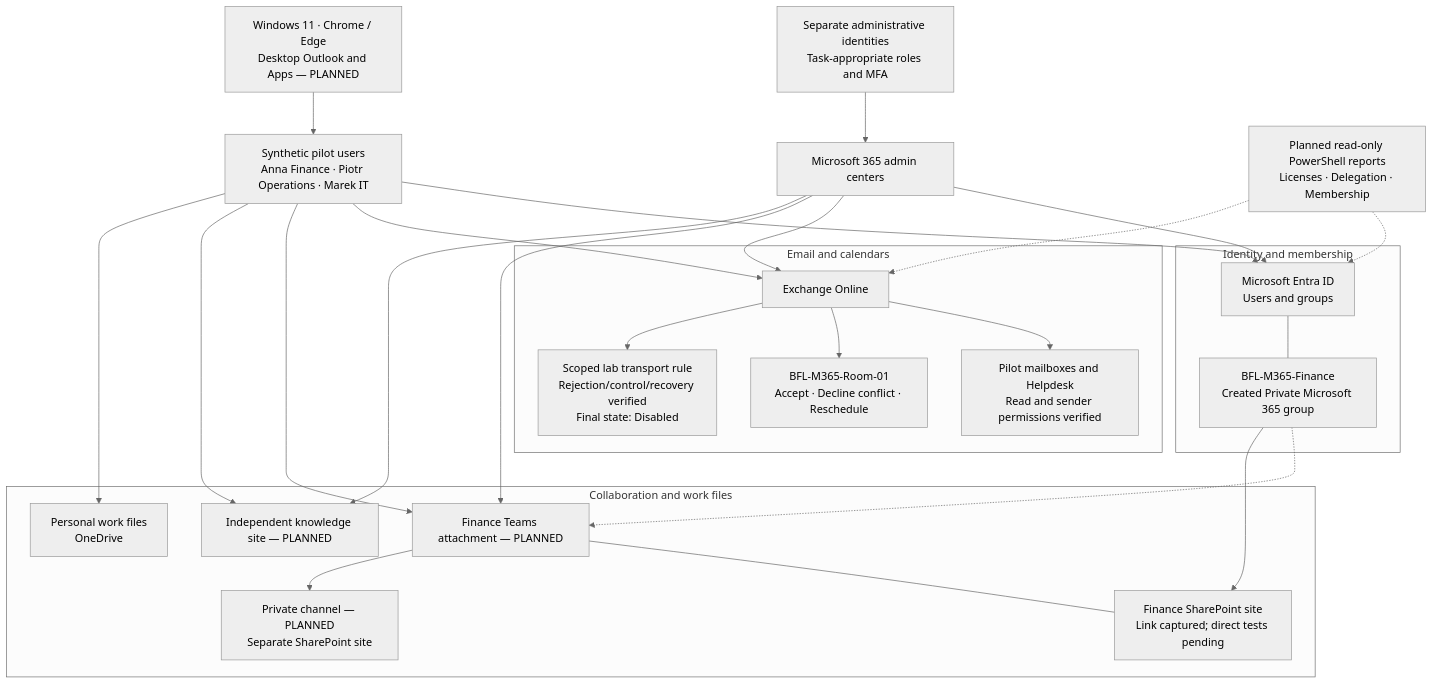
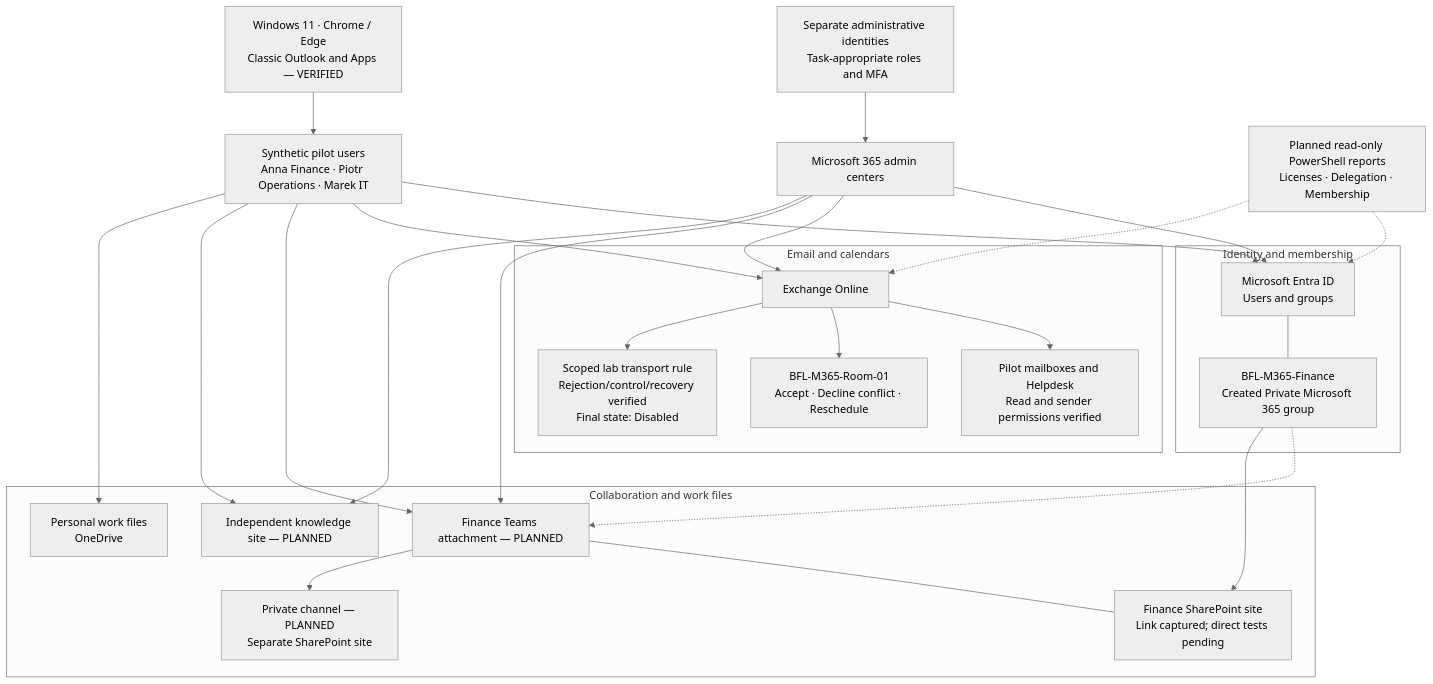
One commit to krzysztof-szot/m365-administration-support-project changed the diagram in README.md. Above: the diagram before and after it, drawn with Mermaid (neutral theme). The commit also changed other lines of this file and 21 other files, not shown here.

Commit message:
Document Stage 06: Apps activation, Office identity and Outlook recovery

````diff
--- a/README.md
+++ b/README.md
@@ -188,51 +203,51 @@
 ```mermaid
 flowchart TB
     ADMIN["Separate administrative identities<br/>Task-appropriate roles and MFA"]
     CENTERS["Microsoft 365 admin centers"]
     PILOTS["Synthetic pilot users<br/>Anna Finance · Piotr Operations · Marek IT"]
-    CLIENT["Windows 11 · Chrome / Edge<br/>Desktop Outlook and Apps — PLANNED"]
+    CLIENT["Windows 11 · Chrome / Edge<br/>Classic Outlook and Apps — VERIFIED"]
 
     subgraph IDENTITY["Identity and membership"]
         ENTRA["Microsoft Entra ID<br/>Users and groups"]
         GROUP["BFL-M365-Finance<br/>Created Private Microsoft 365 group"]
     end
 
     subgraph MESSAGING["Email and calendars"]
         EXO["Exchange Online"]
         MAIL["Pilot mailboxes and Helpdesk<br/>Read and sender permissions verified"]
         ROOM["BFL-M365-Room-01<br/>Accept · Decline conflict · Reschedule"]
         RULE["Scoped lab transport rule<br/>Rejection/control/recovery verified<br/>Final state: Disabled"]
     end
 
     subgraph COLLABORATION["Collaboration and work files"]
         TEAM["Finance Teams attachment — PLANNED"]
         PARENT["Finance SharePoint site<br/>Link captured; direct tests pending"]
         PRIVATE["Private channel — PLANNED<br/>Separate SharePoint site"]
         KNOWLEDGE["Independent knowledge site — PLANNED"]
         ONEDRIVE["Personal work files<br/>OneDrive"]
     end
 
     REPORTS["Planned read-only PowerShell reports<br/>Licenses · Delegation · Membership"]
 
     ADMIN --> CENTERS
     CENTERS --> ENTRA
     CENTERS --> EXO
     CENTERS --> TEAM
     CENTERS --> KNOWLEDGE
     PILOTS --> ENTRA
     CLIENT --> PILOTS
     PILOTS --> EXO
     PILOTS --> TEAM
     PILOTS --> KNOWLEDGE
     PILOTS --> ONEDRIVE
     ENTRA --- GROUP
     GROUP -.-> TEAM
     GROUP --> PARENT
     EXO --> MAIL
     EXO --> ROOM
     EXO --> RULE
     TEAM --- PARENT
     TEAM --> PRIVATE
     REPORTS -.-> ENTRA
     REPORTS -.-> EXO
 ```
````
